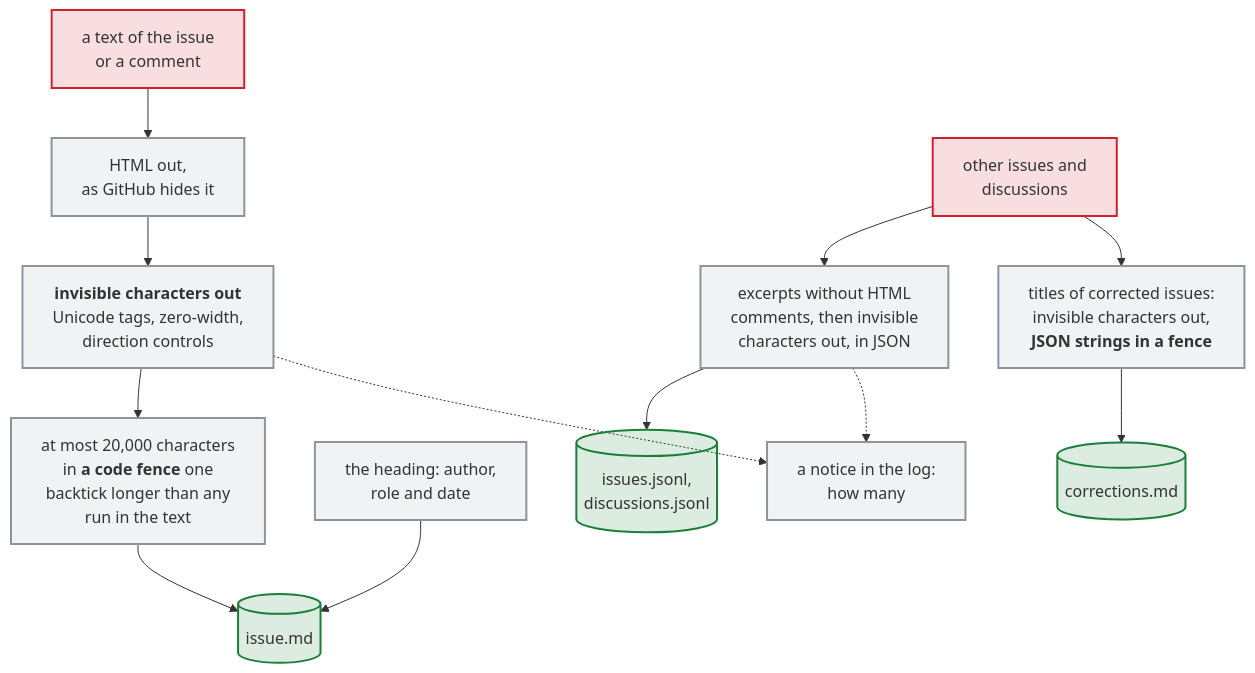
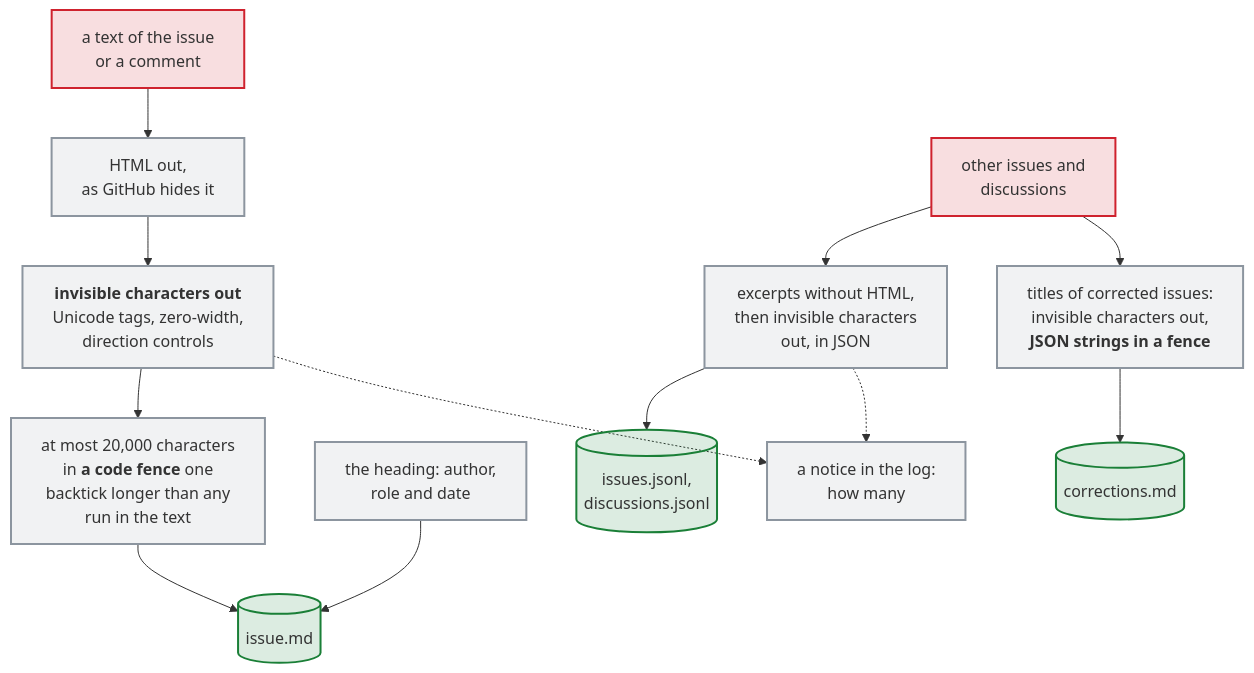
The diagram in docs/diagrams/how-the-text-of-an-issue-and-its-comments-reaches-the-ai.mmd (Dennis-Otto/issue-assistant), drawn with Mermaid before and after one commit. The commit also changed 11 other files, not shown here.

First line of the commit message:
fix(context): the excerpts of other issues hold only what GitHub shows (#380)

```diff
--- a/docs/diagrams/how-the-text-of-an-issue-and-its-comments-reaches-the-ai.mmd
+++ b/docs/diagrams/how-the-text-of-an-issue-and-its-comments-reaches-the-ai.mmd
@@ -1,20 +1,20 @@
 flowchart TB
   accTitle: How the text of an issue and its comments reaches the AI
-  accDescr: Each text of the issue and its comments loses its HTML, as GitHub hides it, then the characters that GitHub shows as nothing, and is cut off after 20,000 characters. In this order, no invisible character can end an HTML comment that GitHub never ends. It goes into a code fence with one backtick more than its longest run of backticks, so that no line of the text can end it. The heading above the fence, which only the script writes, names the author, the role and the date. The other issues and discussions become excerpts without HTML comments, lose their invisible characters too and go into JSON. The titles of the issues that a maintainer corrected lose their invisible characters as well and reach corrections.md as JSON strings in a code fence that no title can close. A notice in the log counts the characters that were removed.
+  accDescr: Each text of the issue and its comments loses its HTML, as GitHub hides it, then the characters that GitHub shows as nothing, and is cut off after 20,000 characters. In this order, no invisible character can end an HTML comment that GitHub never ends. It goes into a code fence with one backtick more than its longest run of backticks, so that no line of the text can end it. The heading above the fence, which only the script writes, names the author, the role and the date. The other issues and discussions become excerpts without HTML, lose their invisible characters too and go into JSON. The titles of the issues that a maintainer corrected lose their invisible characters as well and reach corrections.md as JSON strings in a code fence that no title can close. A notice in the log counts the characters that were removed.
   text["a text of the issue<br>or a comment"] --> html["HTML out,<br>as GitHub hides it"]
   html --> invisible["`**invisible characters out**<br>Unicode tags, zero-width,<br>direction controls`"]
   invisible --> fence["`at most 20,000 characters<br>in **a code fence** one<br>backtick longer than any<br>run in the text`"]
   heading["the heading: author,<br>role and date"] --> issue[("issue.md")]
   fence --> issue
-  others["other issues and<br>discussions"] --> excerpts["excerpts without HTML<br>comments, then invisible<br>characters out, in JSON"]
+  others["other issues and<br>discussions"] --> excerpts["excerpts without HTML,<br>then invisible characters<br>out, in JSON"]
   excerpts --> jsonl[("issues.jsonl,<br>discussions.jsonl")]
   others --> titles["`titles of corrected issues:<br>invisible characters out,<br>**JSON strings in a fence**`"]
   titles --> corrections[("corrections.md")]
   invisible -.-> notice["a notice in the log:<br>how many"]
   excerpts -.-> notice
   classDef untrusted fill:#cf222e26,stroke:#cf222e,stroke-width:2px
   classDef job fill:#8c959f1f,stroke:#8c959f,stroke-width:2px
   classDef safe fill:#1a7f3726,stroke:#1a7f37,stroke-width:2px
   class text,others untrusted
   class invisible,html,fence,heading,excerpts,titles,notice job
   class issue,jsonl,corrections safe
```
